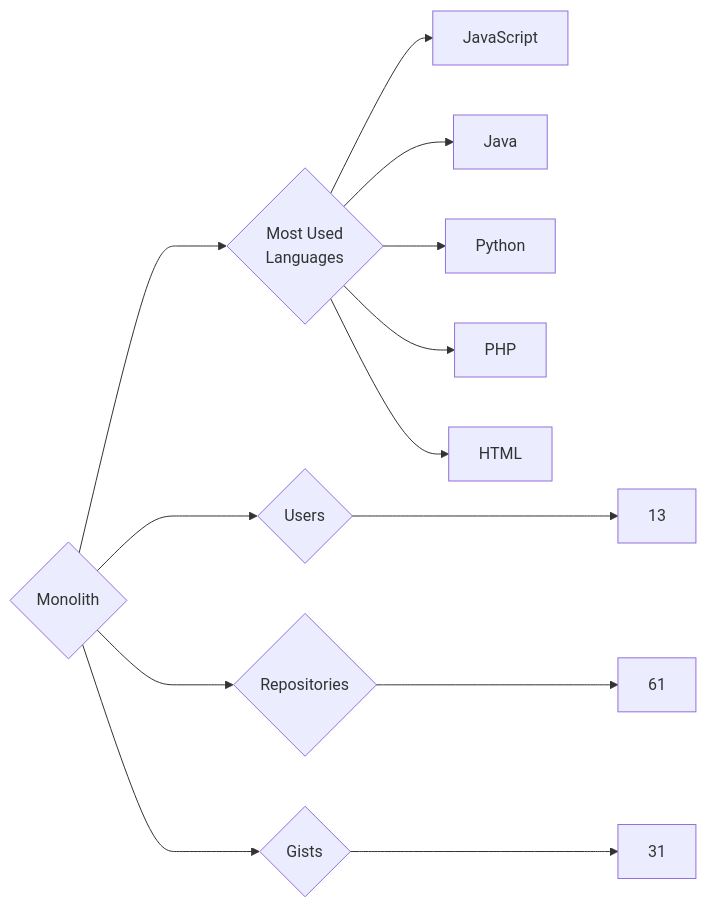
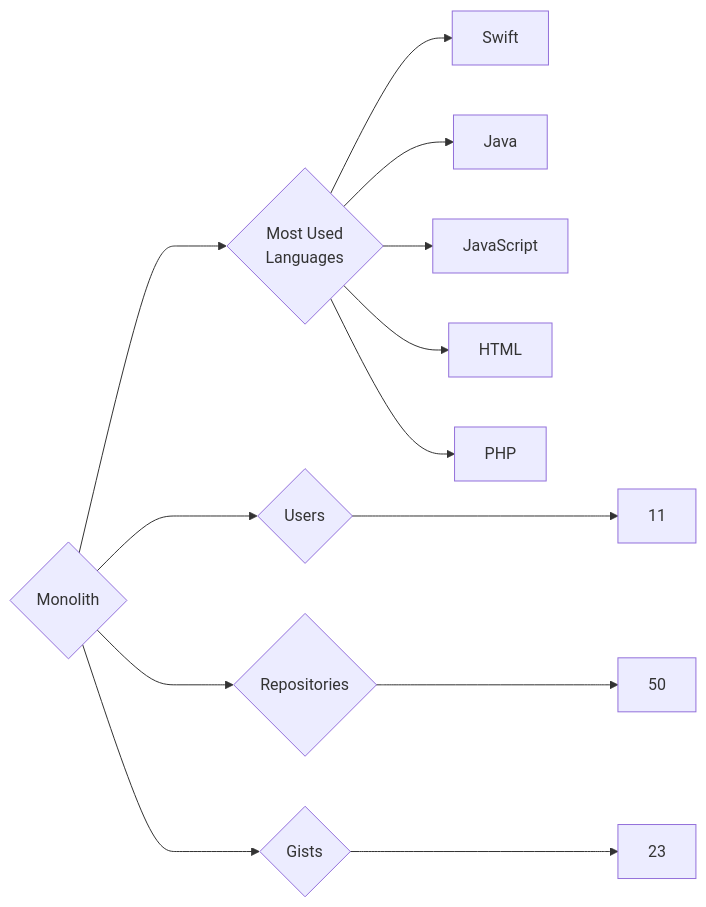
Before and after one commit to trickest/insiders: the diagram in targets/Monolith/README.md, drawn with Mermaid. The commit also changed 928 other files, not shown here.

````diff
--- a/targets/Monolith/README.md
+++ b/targets/Monolith/README.md
@@ -3,13 +3,13 @@
 ```mermaid
 graph LR
 COMPANY_NAME{Monolith}
-COMPANY_NAME ---> U{Users} ---> UN[13]
-COMPANY_NAME ---> R{Repositories} ---> RN[61]
-COMPANY_NAME ---> G{Gists} ---> GN[31]
+COMPANY_NAME ---> U{Users} ---> UN[11]
+COMPANY_NAME ---> R{Repositories} ---> RN[50]
+COMPANY_NAME ---> G{Gists} ---> GN[23]
 COMPANY_NAME ---> ML{Most Used<br>Languages}
+ML --> Swift[Swift]
+ML --> Java[Java]
 ML --> JavaScript[JavaScript]
-ML --> Java[Java]
-ML --> Python[Python]
+ML --> HTML[HTML]
 ML --> PHP[PHP]
-ML --> HTML[HTML]
 ```
````
